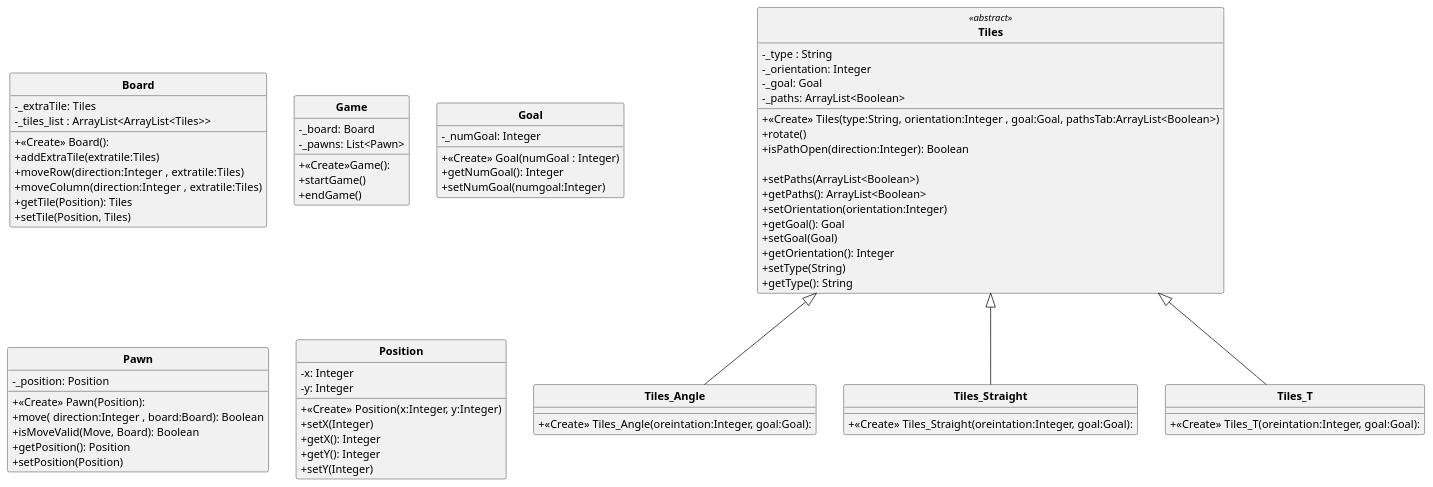
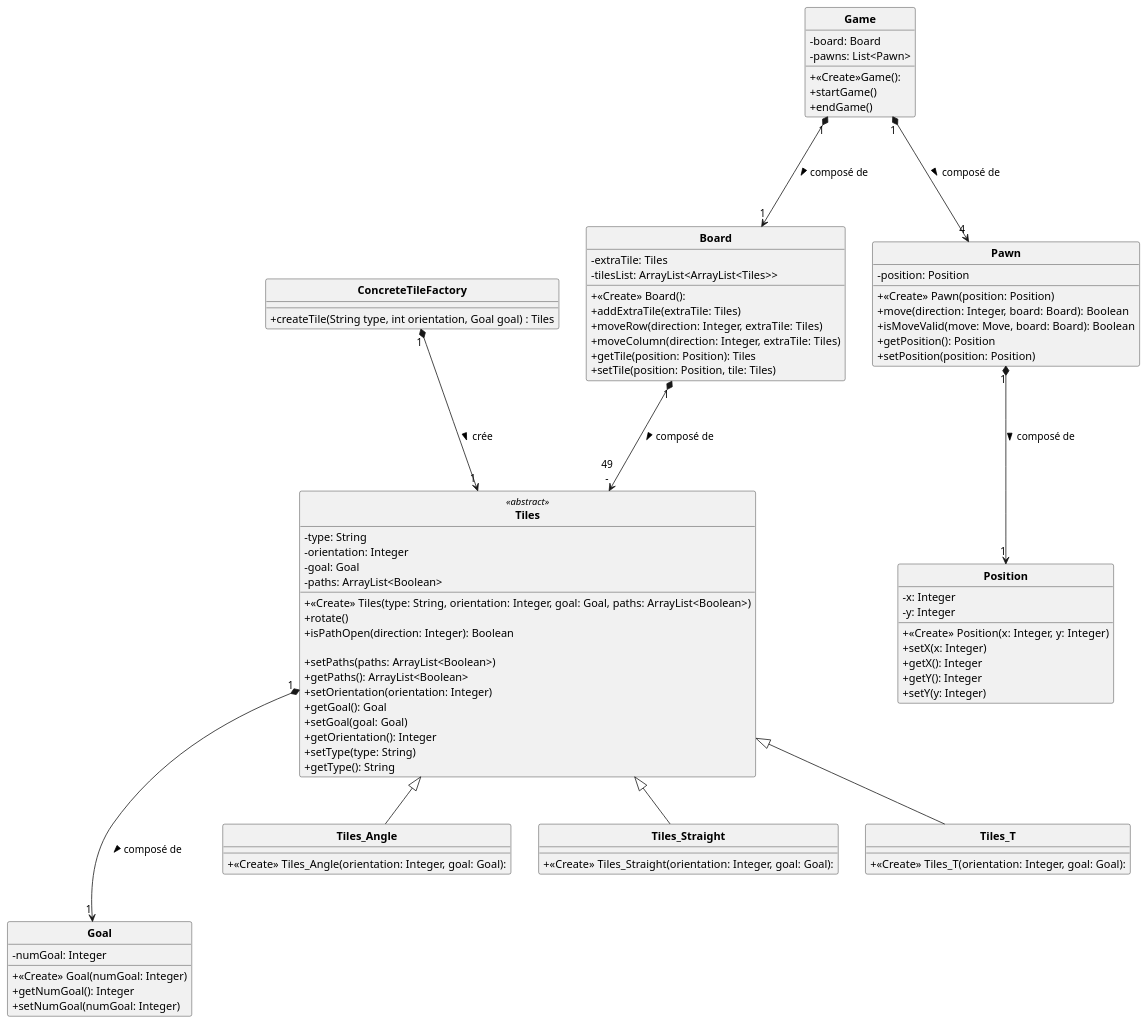
Before and after one commit to DLR-coding/Labyrinthe-Java: the diagram in UML1.puml, drawn with PlantUML. The commit also changed 4 other files, not shown here.

Commit message:
- UML sans les liens entre classes - class Move supprimé , méthodes move() dans les classes elles mm pcq clc

```diff
--- a/UML1.puml
+++ b/UML1.puml
@@ -1,86 +1,95 @@
 @startuml
 
 'https://plantuml.com/class-diagram
 skinparam classAttributeIconSize 0
 skinparam classFontStyle Bold
 skinparam style strictuml
 
 class Board {
-  - _extraTile: Tiles
-  - _tiles_list : ArrayList<ArrayList<Tiles>>
+  - extraTile: Tiles
+  - tilesList: ArrayList<ArrayList<Tiles>>
   + <<Create>> Board():
-  + addExtraTile(extratile:Tiles)
-  + moveRow(direction:Integer  , extratile:Tiles)
-  + moveColumn(direction:Integer  , extratile:Tiles)
-  + getTile(Position): Tiles
-  + setTile(Position, Tiles)
+  + addExtraTile(extraTile: Tiles)
+  + moveRow(direction: Integer, extraTile: Tiles)
+  + moveColumn(direction: Integer, extraTile: Tiles)
+  + getTile(position: Position): Tiles
+  + setTile(position: Position, tile: Tiles)
 }
 
 class Game {
   + <<Create>>Game():
-  - _board: Board
-  - _pawns: List<Pawn>
+  - board: Board
+  - pawns: List<Pawn>
   + startGame()
   + endGame()
-
 }
 
 class Goal {
-  - _numGoal: Integer
-  + <<Create>> Goal(numGoal : Integer)
+  - numGoal: Integer
+  + <<Create>> Goal(numGoal: Integer)
   + getNumGoal(): Integer
-  + setNumGoal(numgoal:Integer)
+  + setNumGoal(numGoal: Integer)
+}
+
+class Pawn {
+  - position: Position
+  + <<Create>> Pawn(position: Position)
+  + move(direction: Integer, board: Board): Boolean
+  + isMoveValid(move: Move, board: Board): Boolean
+  + getPosition(): Position
+  + setPosition(position: Position)
+}
+
+class Position {
+  - x: Integer
+  - y: Integer
+  + <<Create>> Position(x: Integer, y: Integer)
+  + setX(x: Integer)
+  + getX(): Integer
+  + getY(): Integer
+  + setY(y: Integer)
+}
+
+class Tiles <<abstract>> {
+  - type: String
+  - orientation: Integer
+  - goal: Goal
+  - paths: ArrayList<Boolean>
+  + <<Create>> Tiles(type: String, orientation: Integer, goal: Goal, paths: ArrayList<Boolean>)
+  + rotate()
+  + isPathOpen(direction: Integer): Boolean
+
+  + setPaths(paths: ArrayList<Boolean>)
+  + getPaths(): ArrayList<Boolean>
+  + setOrientation(orientation: Integer)
+  + getGoal(): Goal
+  + setGoal(goal: Goal)
+  + getOrientation(): Integer
+  + setType(type: String)
+  + getType(): String
+}
+
+class Tiles_Angle extends Tiles {
+  + <<Create>> Tiles_Angle(orientation: Integer, goal: Goal):
+}
+
+class Tiles_Straight extends Tiles {
+  + <<Create>> Tiles_Straight(orientation: Integer, goal: Goal):
+}
+
+class Tiles_T extends Tiles {
+  + <<Create>> Tiles_T(orientation: Integer, goal: Goal):
+}
+
+class ConcreteTileFactory {
+    + createTile(String type, int orientation, Goal goal) : Tiles
 }
 
 
-
-class Pawn {
-
-  - _position: Position
-  + <<Create>> Pawn(Position):
-  + move( direction:Integer , board:Board): Boolean
-  + isMoveValid(Move, Board): Boolean
-  + getPosition(): Position
-  + setPosition(Position)
-}
-class Position {
-    - x: Integer
-  - y: Integer
-  + <<Create>> Position(x:Integer, y:Integer)
-  + setX(Integer)
-  + getX(): Integer
-  + getY(): Integer
-  + setY(Integer)
-}
-class Tiles <<abstract>> {
-    - _type : String
-  -  _orientation: Integer
-  -  _goal: Goal
-  -  _paths: ArrayList<Boolean>
-  + <<Create>> Tiles(type:String, orientation:Integer , goal:Goal, pathsTab:ArrayList<Boolean>)
-  + rotate()
-    + isPathOpen(direction:Integer): Boolean
-
-  + setPaths(ArrayList<Boolean>)
-  + getPaths(): ArrayList<Boolean>
-  + setOrientation(orientation:Integer)
-  + getGoal(): Goal
-  + setGoal(Goal)
-  + getOrientation(): Integer
-  + setType(String)
-  + getType(): String
-}
-class Tiles_Angle extends Tiles {
-  + <<Create>> Tiles_Angle(oreintation:Integer, goal:Goal):
-}
-class Tiles_Straight extends Tiles {
-  + <<Create>> Tiles_Straight(oreintation:Integer, goal:Goal):
-}
-
-class Tiles_T extends Tiles {
-  + <<Create>> Tiles_T(oreintation:Integer, goal:Goal):
-}
-
-
-
+Board "1" *---> "49\n-" Tiles : composé de \t\t >
+Game "1" *---> "1" Board : composé de \t\t >
+Game "1" *---> "4" Pawn : composé de \t\t >
+Pawn "1" *---> "1" Position : composé de \t\t >
+Tiles "1" *---> "1" Goal : composé de \t\t >
+ConcreteTileFactory "1" *---> "1" Tiles : crée \t\t >
 @enduml
```
